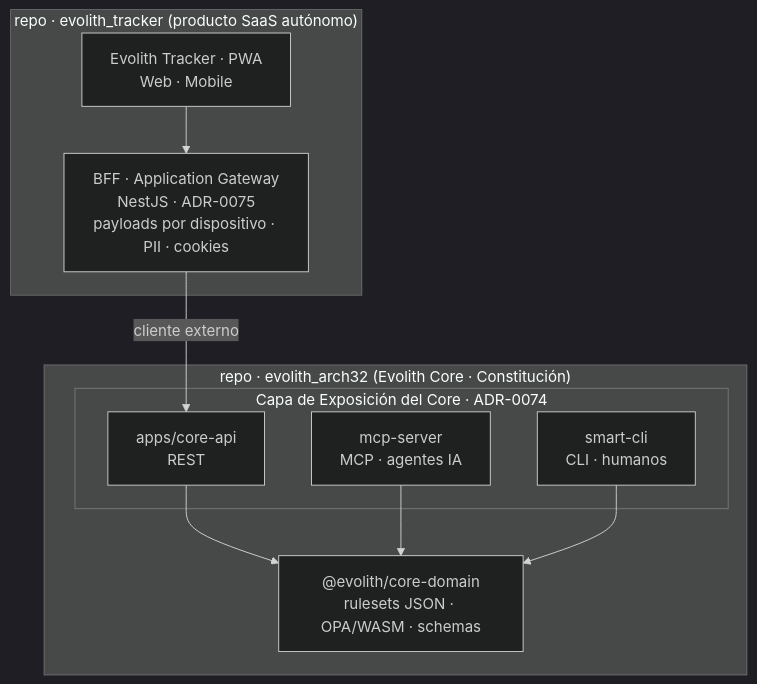
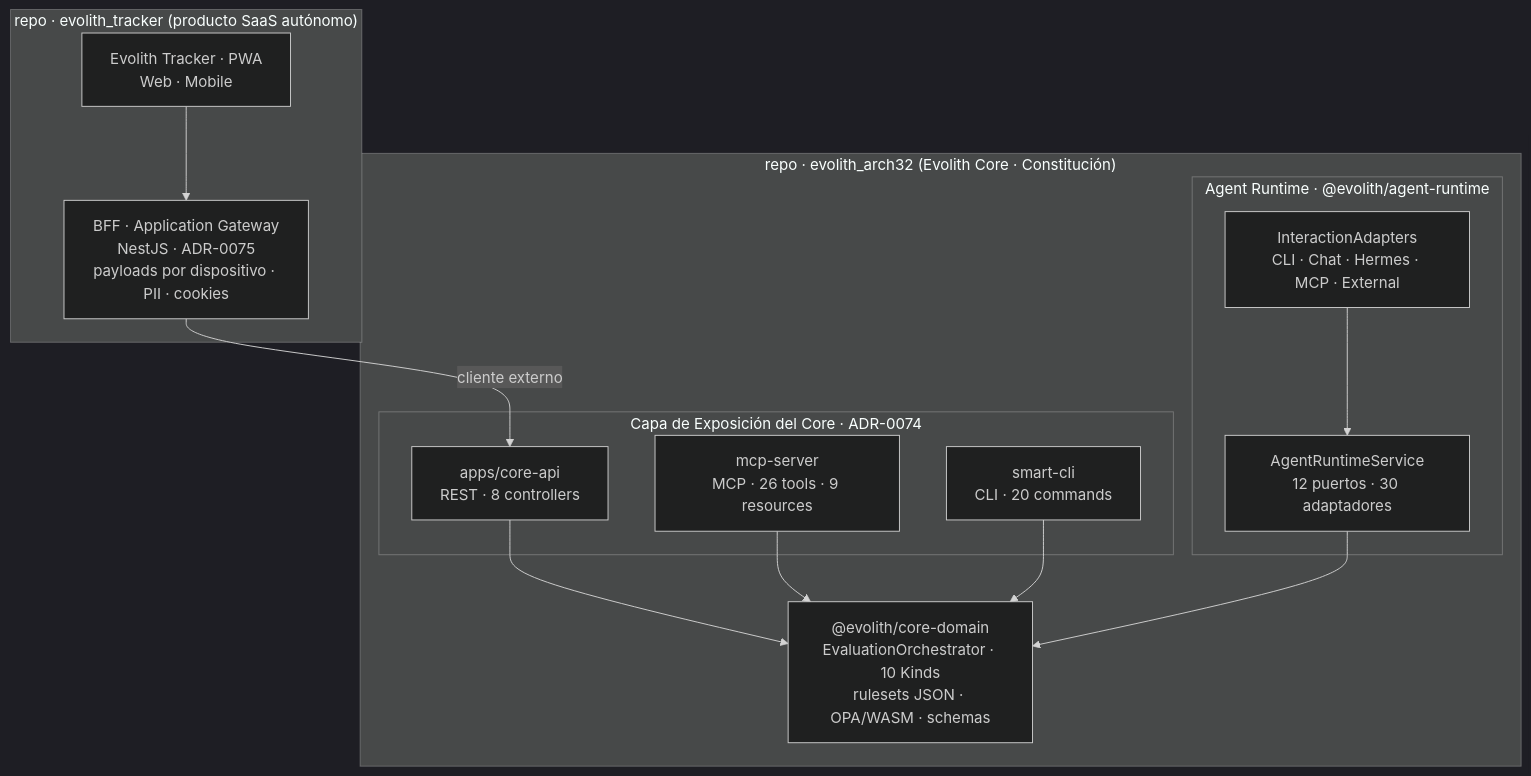
Before and after one commit to beyondnetcode/evolith_arch32: the diagram in reference/product-suite/vision/evolith-product-vision-master.es.md, drawn with Mermaid (dark theme). The commit also changed other lines of this file and 1 other file, not shown here.

First line of the commit message:
docs(vision): update product vision to reflect current architecture

````diff
--- a/reference/product-suite/vision/evolith-product-vision-master.es.md
+++ b/reference/product-suite/vision/evolith-product-vision-master.es.md
@@ -117,18 +121,24 @@
 ```mermaid
 flowchart TB
   subgraph TRK["repo · evolith_tracker (producto SaaS autónomo)"]
     PWA["Evolith Tracker · PWA<br/>Web · Mobile"] --> BFF["BFF · Application Gateway<br/>NestJS · ADR-0075<br/>payloads por dispositivo · PII · cookies"]
   end
   subgraph CORE["repo · evolith_arch32 (Evolith Core · Constitución)"]
     subgraph EXP["Capa de Exposición del Core · ADR-0074"]
-      API["apps/core-api<br/>REST"]
-      MCP["mcp-server<br/>MCP · agentes IA"]
-      CLI["smart-cli<br/>CLI · humanos"]
+      API["apps/core-api<br/>REST · 8 controllers"]
+      MCP["mcp-server<br/>MCP · 26 tools · 9 resources"]
+      CLI["smart-cli<br/>CLI · 20 commands"]
     end
-    DOM["@evolith/core-domain<br/>rulesets JSON · OPA/WASM · schemas"]
+    subgraph RT["Agent Runtime · @evolith/agent-runtime"]
+      ARS["AgentRuntimeService<br/>12 puertos · 30 adaptadores"]
+      IA["InteractionAdapters<br/>CLI · Chat · Hermes · MCP · External"]
+    end
+    DOM["@evolith/core-domain<br/>EvaluationOrchestrator · 10 Kinds<br/>rulesets JSON · OPA/WASM · schemas"]
     API --> DOM
     MCP --> DOM
     CLI --> DOM
+    ARS --> DOM
+    IA --> ARS
   end
   BFF -->|cliente externo| API
 ```
````
